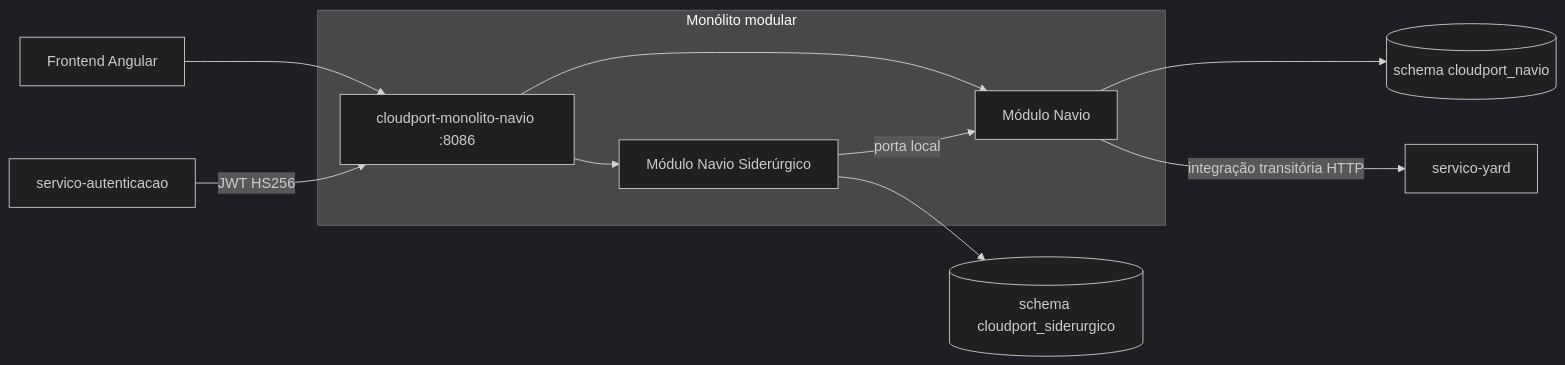
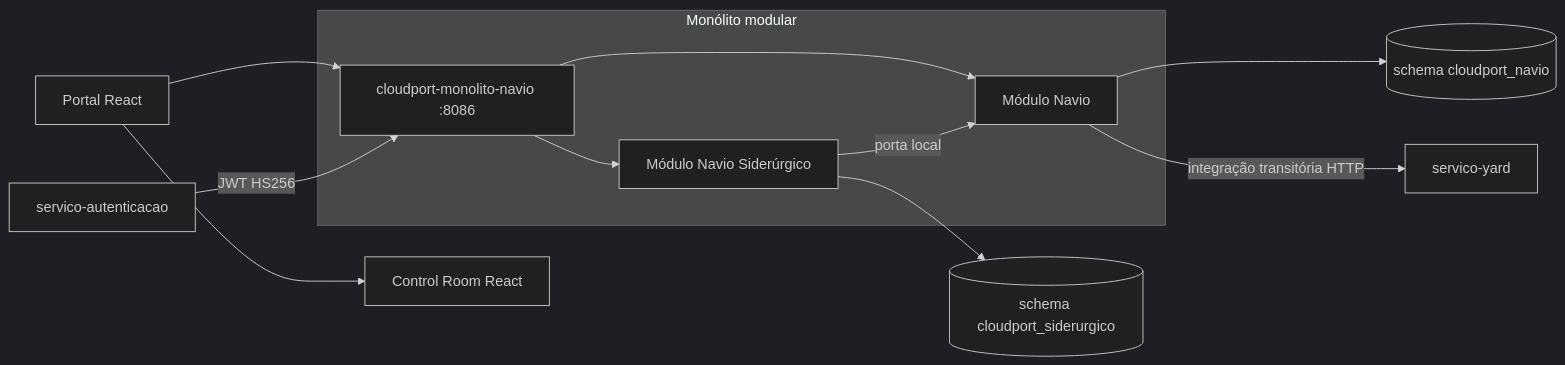
The diagram in README.md (diogo2806/CloudPort), drawn with Mermaid (dark theme) before and after one commit. The commit also changed other lines of this file, not shown here.

Commit message:
docs: registrar frontends React no projeto

````diff
--- a/README.md
+++ b/README.md
@@ -37,15 +38,16 @@
 ```mermaid
 flowchart LR
-    FE[Frontend Angular] --> API[cloudport-monolito-navio :8086]
+    FE[Portal React] --> API[cloudport-monolito-navio :8086]
+    FE --> CR[Control Room React]
 
     subgraph MONOLITO[Monólito modular]
         API --> NAVIO[Módulo Navio]
         API --> SIDERURGICO[Módulo Navio Siderúrgico]
         SIDERURGICO -->|porta local| NAVIO
     end
 
     NAVIO --> DBN[(schema cloudport_navio)]
     SIDERURGICO --> DBS[(schema cloudport_siderurgico)]
     NAVIO -->|integração transitória HTTP| YARD[servico-yard]
     AUTH[servico-autenticacao] -->|JWT HS256| API
 ```
````
